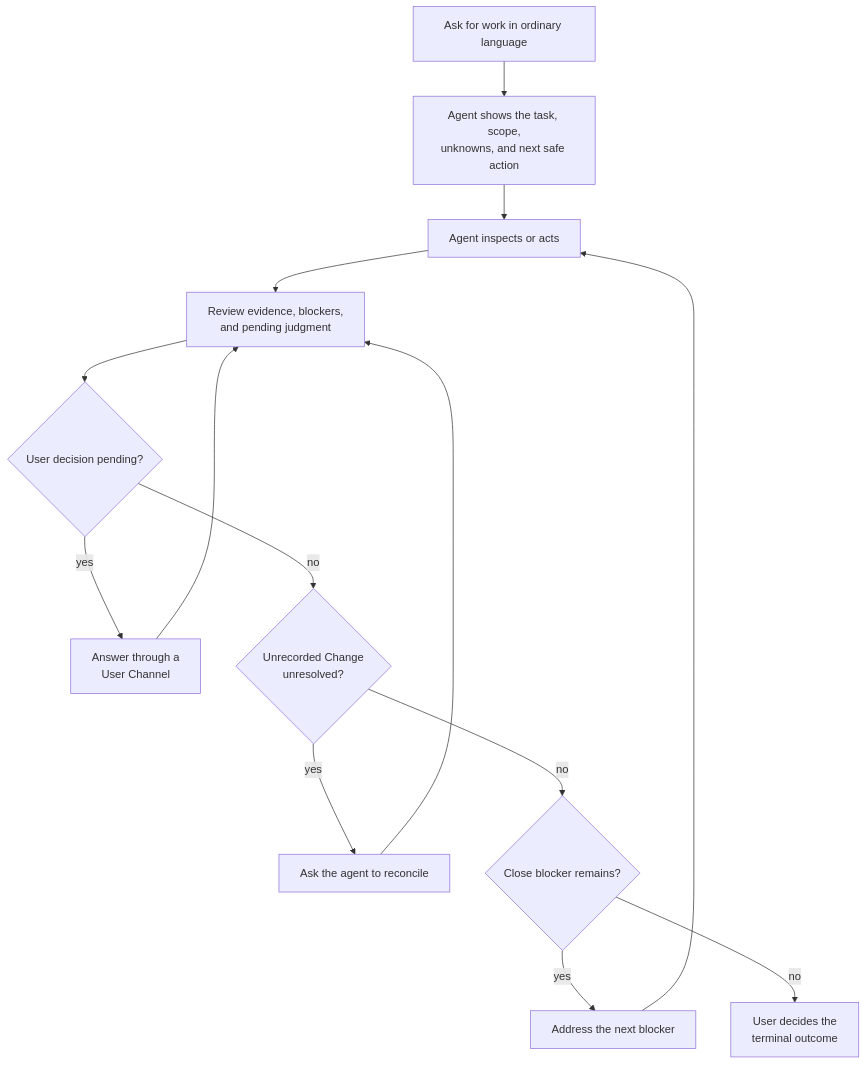
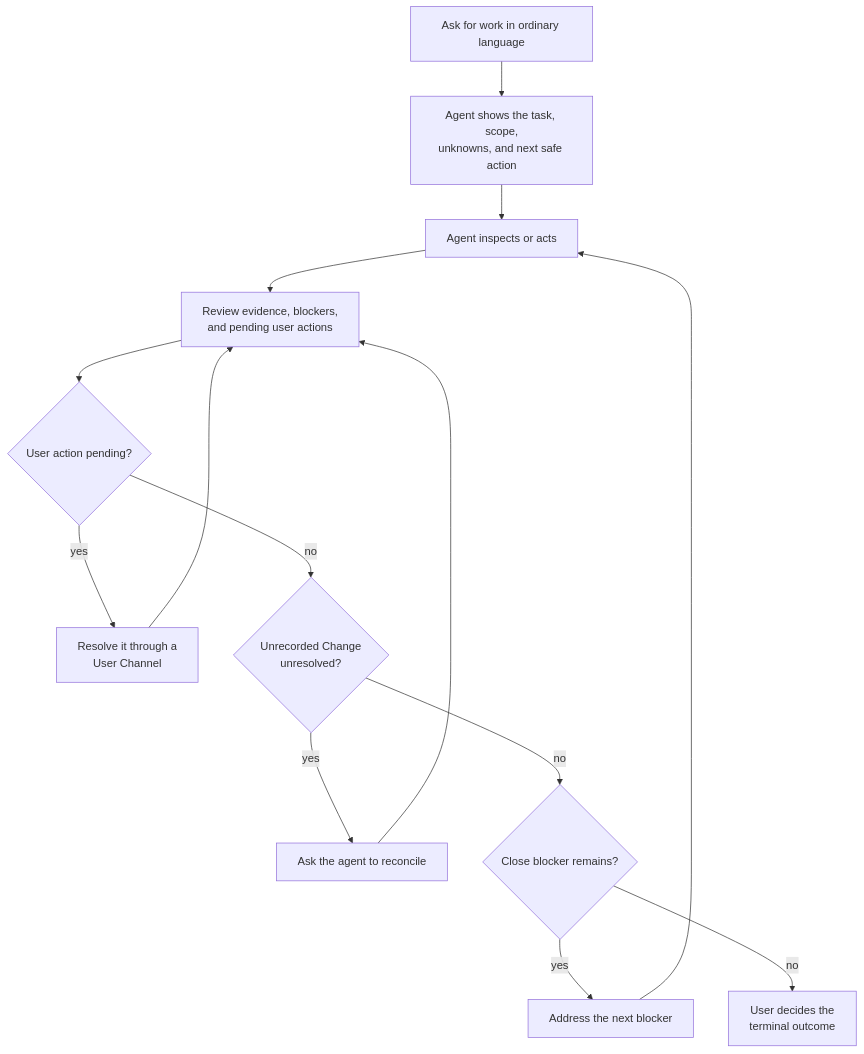
The diagram in docs/en/user-guide/user-workflow.md (minjungw00/Volicord), drawn with Mermaid before and after one commit. The commit also changed other lines of this file and 233 other files, not shown here.

Commit message:
feat(user-action): unify user-owned request resolution

````diff
--- a/docs/en/user-guide/user-workflow.md
+++ b/docs/en/user-guide/user-workflow.md
@@ -10,22 +10,22 @@
 ```mermaid
 flowchart TD
   ask["Ask for work in ordinary language"]
   boundary["Agent shows the task, scope,<br/>unknowns, and next safe action"]
   action["Agent inspects or acts"]
-  status["Review evidence, blockers,<br/>and pending judgment"]
-  judgment{"User decision pending?"}
-  answer["Answer through a<br/>User Channel"]
+  status["Review evidence, blockers,<br/>and pending user actions"]
+  judgment{"User action pending?"}
+  answer["Resolve it through a<br/>User Channel"]
   changes{"Unrecorded Change<br/>unresolved?"}
   reconcile["Ask the agent to reconcile"]
   close{"Close blocker remains?"}
   continue["Address the next blocker"]
   finish["User decides the<br/>terminal outcome"]
 
   ask --> boundary --> action --> status --> judgment
   judgment -- yes --> answer --> status
   judgment -- no --> changes
   changes -- yes --> reconcile --> status
   changes -- no --> close
   close -- yes --> continue --> action
   close -- no --> finish
 ```
````
